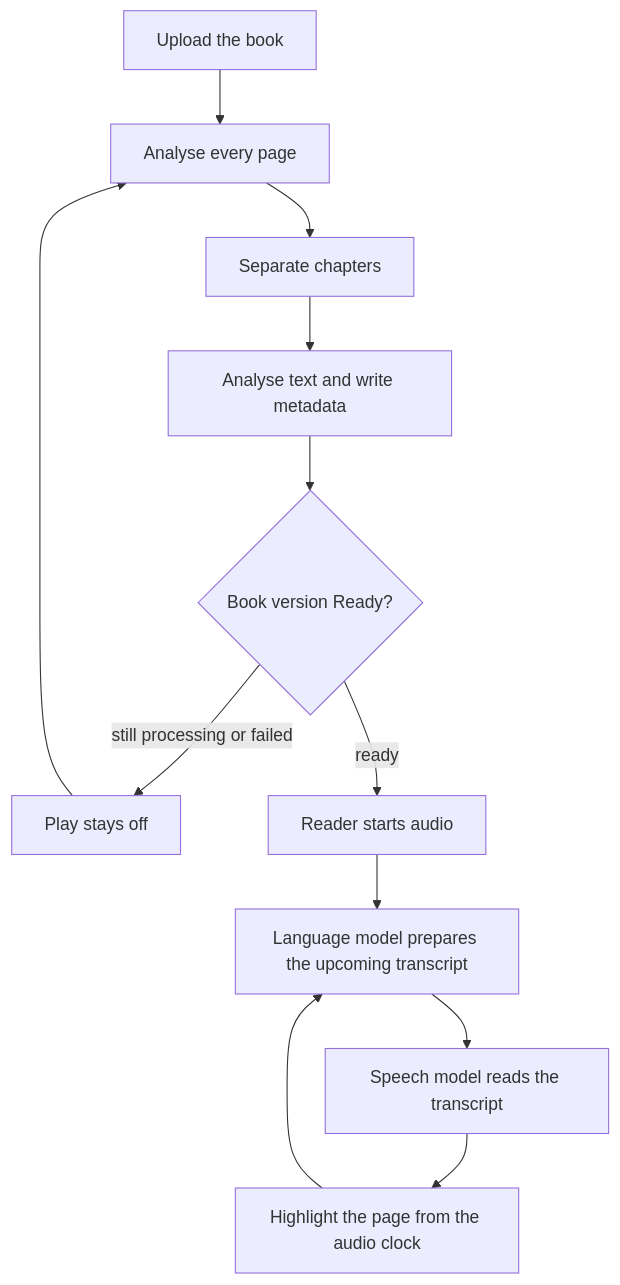
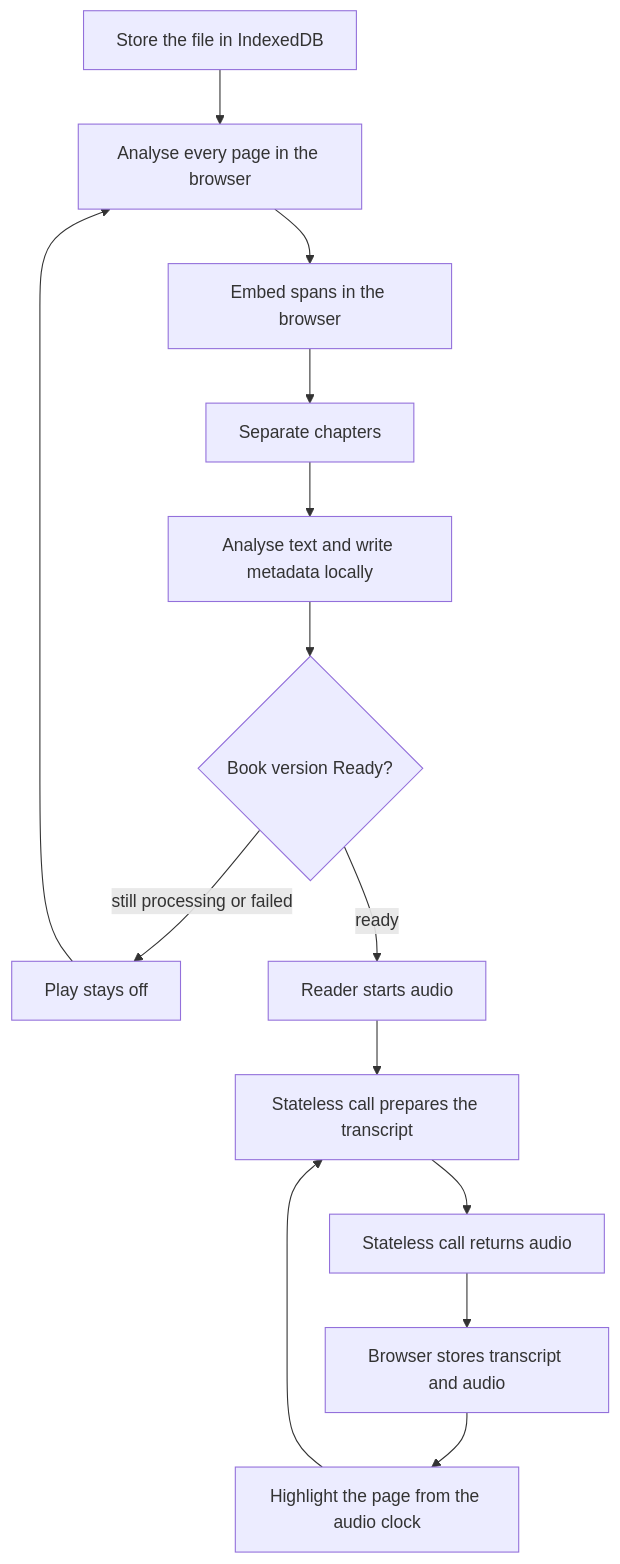
The first of 6 diagrams in specs/discussion/DESIGN.md (manishsharma004/open-book-reader), drawn with Mermaid before and after one commit. The commit also changed other lines of this file and 1 other file, not shown here.

First line of the commit message:
Keep book data in the browser and the model API stateless.

````diff
--- a/specs/discussion/DESIGN.md
+++ b/specs/discussion/DESIGN.md
@@ -56,19 +65,21 @@
 ```mermaid
 flowchart TD
-  upload[Upload the book]
-  pages[Analyse every page]
+  upload[Store the file in IndexedDB]
+  pages[Analyse every page in the browser]
+  embed[Embed spans in the browser]
   chapters[Separate chapters]
-  text[Analyse text and write metadata]
+  text[Analyse text and write metadata locally]
   gate{Book version Ready?}
   blocked[Play stays off]
   play[Reader starts audio]
-  prep[Language model prepares the upcoming transcript]
-  voice[Speech model reads the transcript]
+  prep[Stateless call prepares the transcript]
+  voice[Stateless call returns audio]
+  save[Browser stores transcript and audio]
   mark[Highlight the page from the audio clock]
 
-  upload --> pages --> chapters --> text --> gate
+  upload --> pages --> embed --> chapters --> text --> gate
   gate -->|still processing or failed| blocked
   blocked --> pages
-  gate -->|ready| play --> prep --> voice --> mark
+  gate -->|ready| play --> prep --> voice --> save --> mark
   mark --> prep
 ```
````
